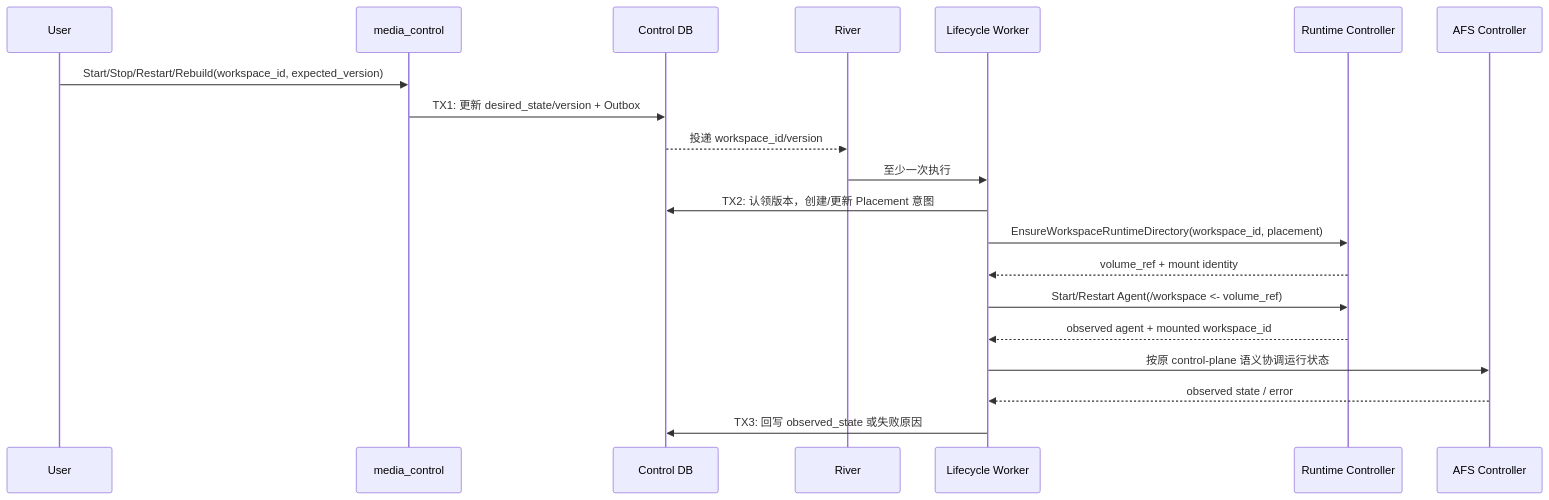
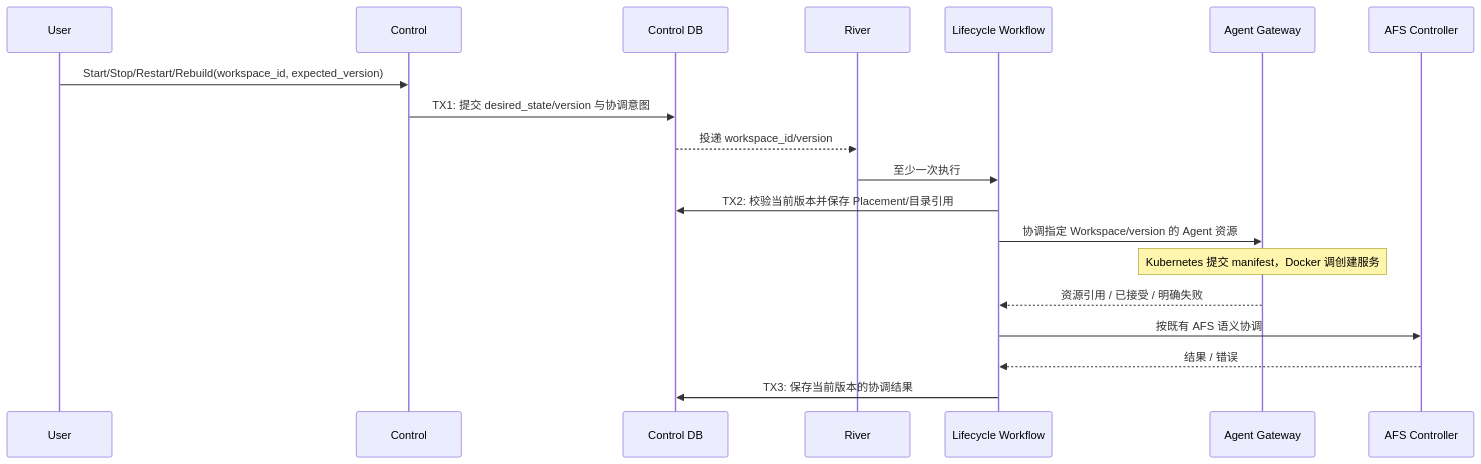
The diagram in docs/ddd/media_control/workflow/0001-workspace_lifecycle/workspace_lifecycle.md (hotttao/media_agent), drawn with Mermaid before and after one commit. The commit also changed other lines of this file and 355 other files, not shown here.

Commit message:
feat(agent): implement runtime architecture through workload provisioning

````diff
--- a/docs/ddd/media_control/workflow/0001-workspace_lifecycle/workspace_lifecycle.md
+++ b/docs/ddd/media_control/workflow/0001-workspace_lifecycle/workspace_lifecycle.md
@@ -20,22 +23,21 @@
 ```mermaid
 sequenceDiagram
     participant U as User
-    participant C as media_control
+    participant C as Control
     participant DB as Control DB
     participant Q as River
-    participant W as Lifecycle Worker
-    participant R as Runtime Controller
+    participant W as Lifecycle Workflow
+    participant G as Agent Gateway
     participant A as AFS Controller
     U->>C: Start/Stop/Restart/Rebuild(workspace_id, expected_version)
-    C->>DB: TX1: 更新 desired_state/version + Outbox
+    C->>DB: TX1: 提交 desired_state/version 与协调意图
     DB-->>Q: 投递 workspace_id/version
     Q->>W: 至少一次执行
-    W->>DB: TX2: 认领版本，创建/更新 Placement 意图
-    W->>R: EnsureWorkspaceRuntimeDirectory(workspace_id, placement)
-    R-->>W: volume_ref + mount identity
-    W->>R: Start/Restart Agent(/workspace <- volume_ref)
-    R-->>W: observed agent + mounted workspace_id
-    W->>A: 按原 control-plane 语义协调运行状态
-    A-->>W: observed state / error
-    W->>DB: TX3: 回写 observed_state 或失败原因
+    W->>DB: TX2: 校验当前版本并保存 Placement/目录引用
+    W->>G: 协调指定 Workspace/version 的 Agent 资源
+    Note over G: Kubernetes 提交 manifest，Docker 调创建服务
+    G-->>W: 资源引用 / 已接受 / 明确失败
+    W->>A: 按既有 AFS 语义协调
+    A-->>W: 结果 / 错误
+    W->>DB: TX3: 保存当前版本的协调结果
 ```
````
